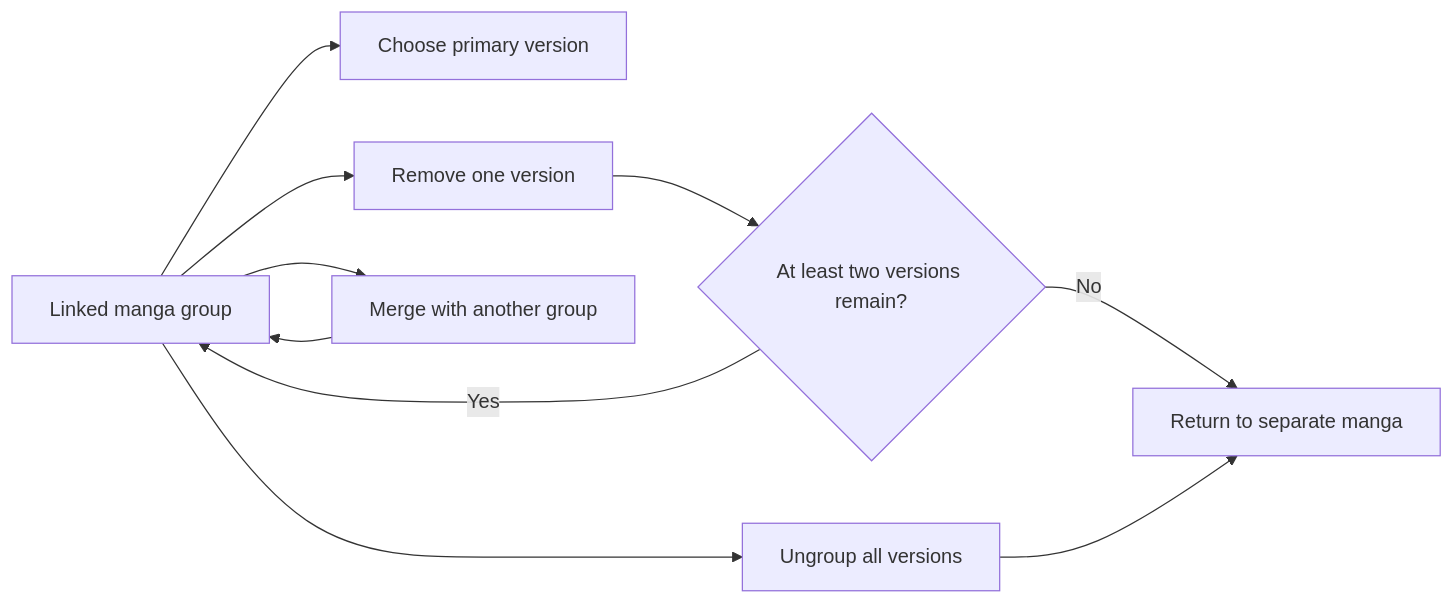
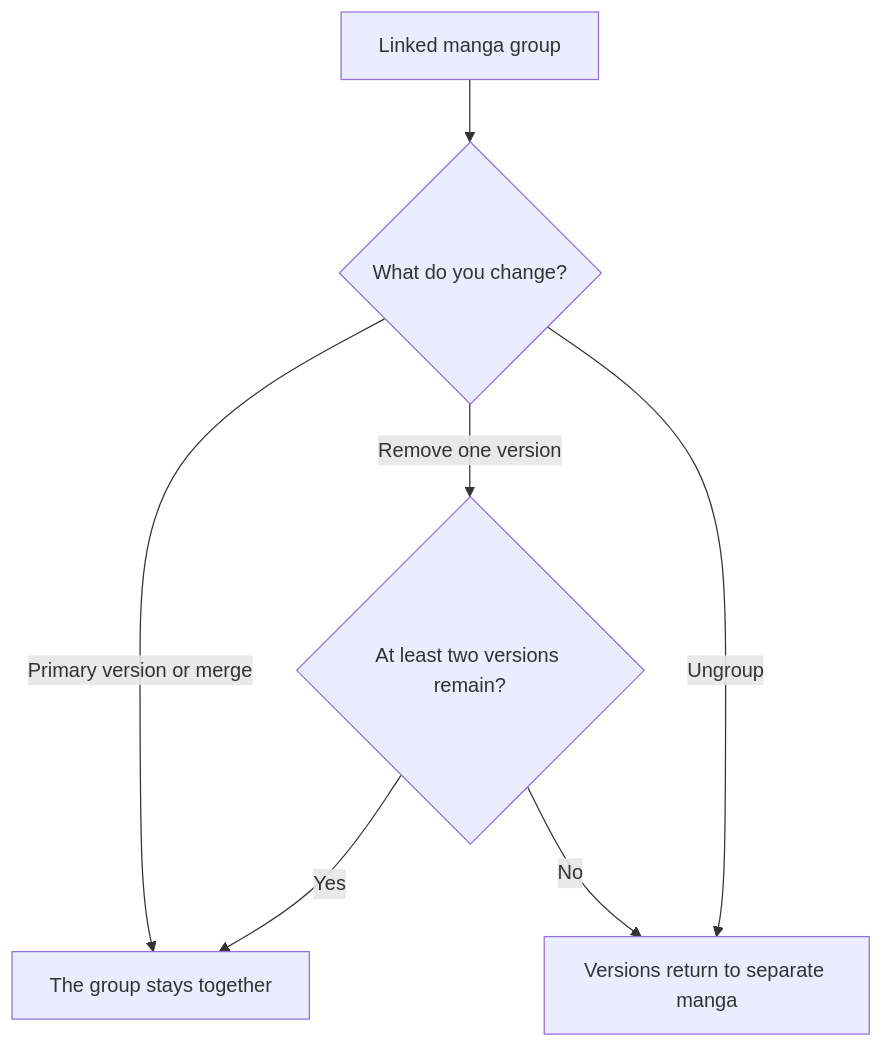
One commit to FancyCorey/komikku-fc changed the fourth of 5 diagrams in docs/kmk/feature-guides/ratings.md. Above: the diagram before and after it, drawn with Mermaid. The commit also changed other lines of this file and 93 other files, not shown here.

````diff
--- a/docs/kmk/feature-guides/ratings.md
+++ b/docs/kmk/feature-guides/ratings.md
@@ -119,12 +129,9 @@
 ```mermaid
-flowchart LR
-    Group["Linked manga group"] --> Primary["Choose primary version"]
-    Group --> Remove["Remove one version"]
-    Group --> Ungroup["Ungroup all versions"]
-    Group --> Merge["Merge with another group"]
-    Remove --> Valid{"At least two versions remain?"}
-    Valid -->|Yes| Group
-    Valid -->|No| Separate["Return to separate manga"]
-    Ungroup --> Separate
-    Merge --> Group
+flowchart TD
+    Group["Linked manga group"] --> Action{"What do you change?"}
+    Action -->|Primary version or merge| Same["The group stays together"]
+    Action -->|Remove one version| Valid{"At least two versions remain?"}
+    Action -->|Ungroup| Separate["Versions return to separate manga"]
+    Valid -->|Yes| Same
+    Valid -->|No| Separate
 ```
````
